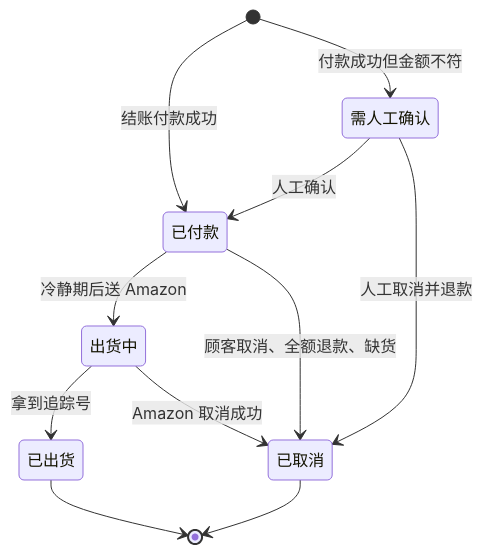
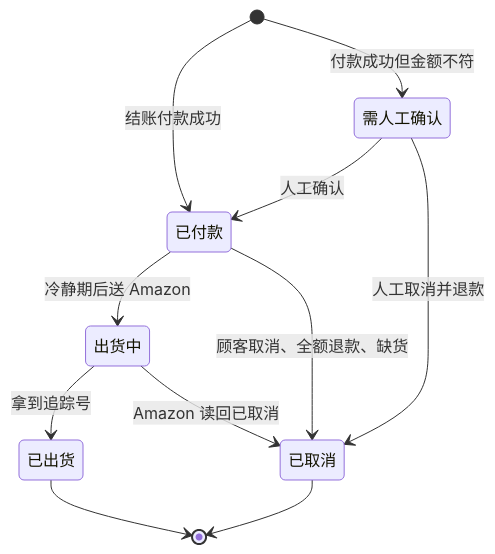
Before and after one commit to WADEYEH/shopapgo: the diagram in docs/design/modules/M4-order-core.md, drawn with Mermaid. The commit also changed 20 other files, not shown here.

````diff
--- a/docs/design/modules/M4-order-core.md
+++ b/docs/design/modules/M4-order-core.md
@@ -87,18 +87,18 @@
 ```mermaid
 stateDiagram-v2
   state "需人工确认" as review
   state "已付款" as paid
   state "出货中" as fulfilling
   state "已出货" as shipped
   state "已取消" as cancelled
   [*] --> paid: 结账付款成功
   [*] --> review: 付款成功但金额不符
   review --> paid: 人工确认
   review --> cancelled: 人工取消并退款
   paid --> fulfilling: 冷静期后送 Amazon
   paid --> cancelled: 顾客取消、全额退款、缺货
   fulfilling --> shipped: 拿到追踪号
-  fulfilling --> cancelled: Amazon 取消成功
+  fulfilling --> cancelled: Amazon 读回已取消
   shipped --> [*]
   cancelled --> [*]
 ```
````
